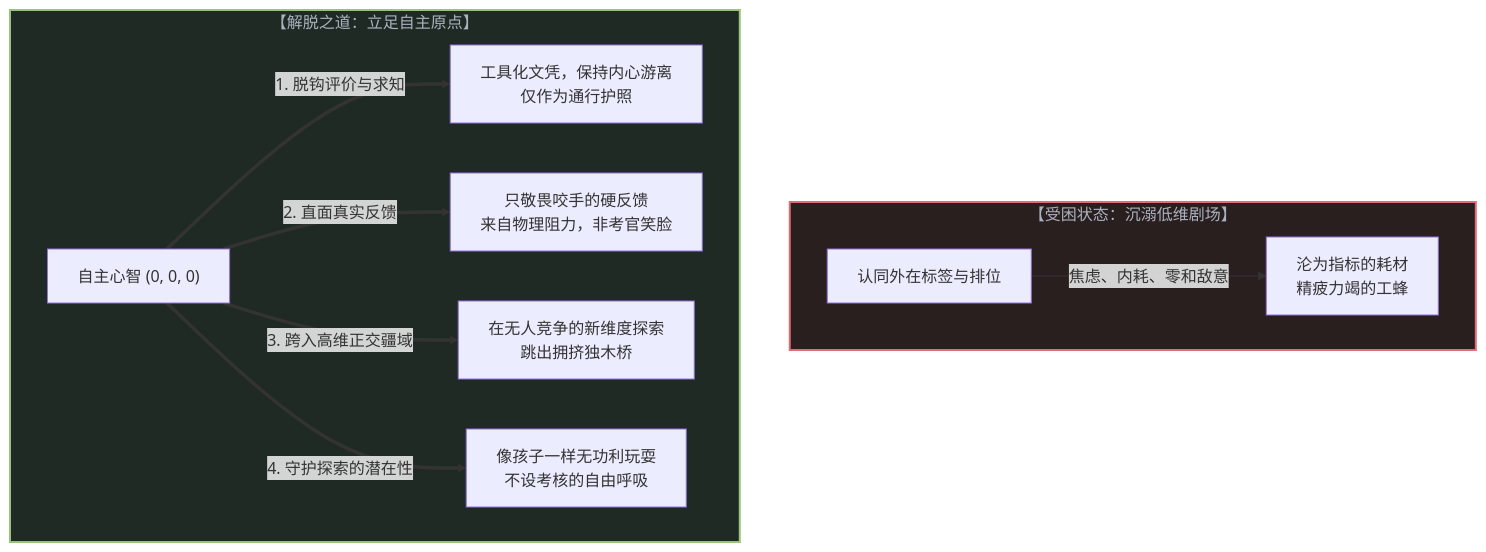
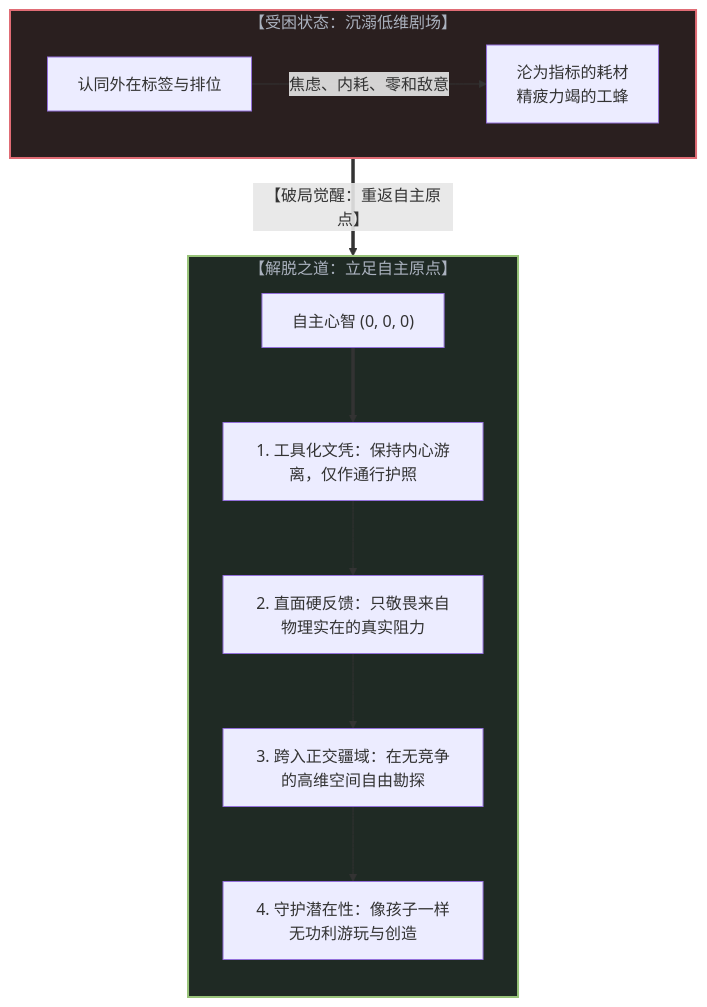
The ninth of 10 diagrams in content/posts/the-reversal-of-education-and-science.md (powerpig99/not-a-toe), drawn with Mermaid before and after one commit. The commit also changed other lines of this file, not shown here.

Commit message:
Optimize diagram orientation and aspect ratios for Section 3 and Section 5 in Post 304

````diff
--- a/content/posts/the-reversal-of-education-and-science.md
+++ b/content/posts/the-reversal-of-education-and-science.md
@@ -383,18 +393,27 @@
 ```mermaid
 graph TD
     subgraph Trap["【受困状态：沉溺低维剧场】"]
         TrapMind["认同外在标签与排位"]
         TrapMind -->|"焦虑、内耗、零和敌意"| Misery["沦为指标的耗材<br>精疲力竭的工蜂"]
     end
 
+    Trap ==>|"【破局觉醒：重返自主原点】"| Sovereign
+
     subgraph Sovereign["【解脱之道：立足自主原点】"]
+        direction TB
         SovereignMind["自主心智 (0, 0, 0)"]
-        SovereignMind ==>|"1. 脱钩评价与求知"| Step1["工具化文凭，保持内心游离<br>仅作为通行护照"]
-        SovereignMind ==>|"2. 直面真实反馈"| Step2["只敬畏咬手的硬反馈<br>来自物理阻力，非考官笑脸"]
-        SovereignMind ==>|"3. 跨入高维正交疆域"| Step3["在无人竞争的新维度探索<br>跳出拥挤独木桥"]
-        SovereignMind ==>|"4. 守护探索的潜在性"| Step4["像孩子一样无功利玩耍<br>不设考核的自由呼吸"]
+        
+        Step1["1. 工具化文凭：保持内心游离，仅作通行护照"]
+        Step2["2. 直面硬反馈：只敬畏来自物理实在的真实阻力"]
+        Step3["3. 跨入正交疆域：在无竞争的高维空间自由勘探"]
+        Step4["4. 守护潜在性：像孩子一样无功利游玩与创造"]
+
+        SovereignMind ==> Step1
+        Step1 --> Step2
+        Step2 --> Step3
+        Step3 --> Step4
     end
 
     style Trap fill:#2a1f1f,stroke:#e06c75,stroke-width:2px,color:#abb2bf
     style Sovereign fill:#1f2a24,stroke:#98c379,stroke-width:2px,color:#abb2bf
 ```
````
